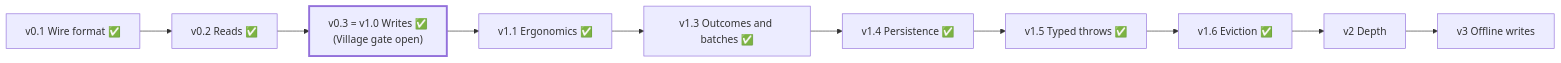
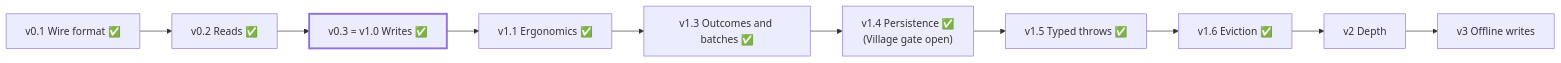
The second of 2 diagrams in docs/ARCHITECTURE.md (winsmith/ion-kit), drawn with Mermaid before and after one commit. The commit also changed other lines of this file, not shown here.

First line of the commit message:
Milestones: tick the Village gates for v0.3 and v1.3; v1.4 waits for Village PR 19

````diff
--- a/docs/ARCHITECTURE.md
+++ b/docs/ARCHITECTURE.md
@@ -491,5 +491,5 @@
 ```mermaid
 flowchart LR
-    v01["v0.1 Wire format ✅"] --> v02["v0.2 Reads ✅"] --> v03["v0.3 = v1.0 Writes ✅<br/>(Village gate open)"] --> v1x["v1.1 Ergonomics ✅"] --> v13["v1.3 Outcomes and batches ✅"] --> v14["v1.4 Persistence ✅"] --> v15["v1.5 Typed throws ✅"] --> v16["v1.6 Eviction ✅"] --> v2["v2 Depth"] --> v3["v3 Offline writes"]
+    v01["v0.1 Wire format ✅"] --> v02["v0.2 Reads ✅"] --> v03["v0.3 = v1.0 Writes ✅"] --> v1x["v1.1 Ergonomics ✅"] --> v13["v1.3 Outcomes and batches ✅"] --> v14["v1.4 Persistence ✅<br/>(Village gate open)"] --> v15["v1.5 Typed throws ✅"] --> v16["v1.6 Eviction ✅"] --> v2["v2 Depth"] --> v3["v3 Offline writes"]
     style v03 stroke-width:3px
 ```
````
